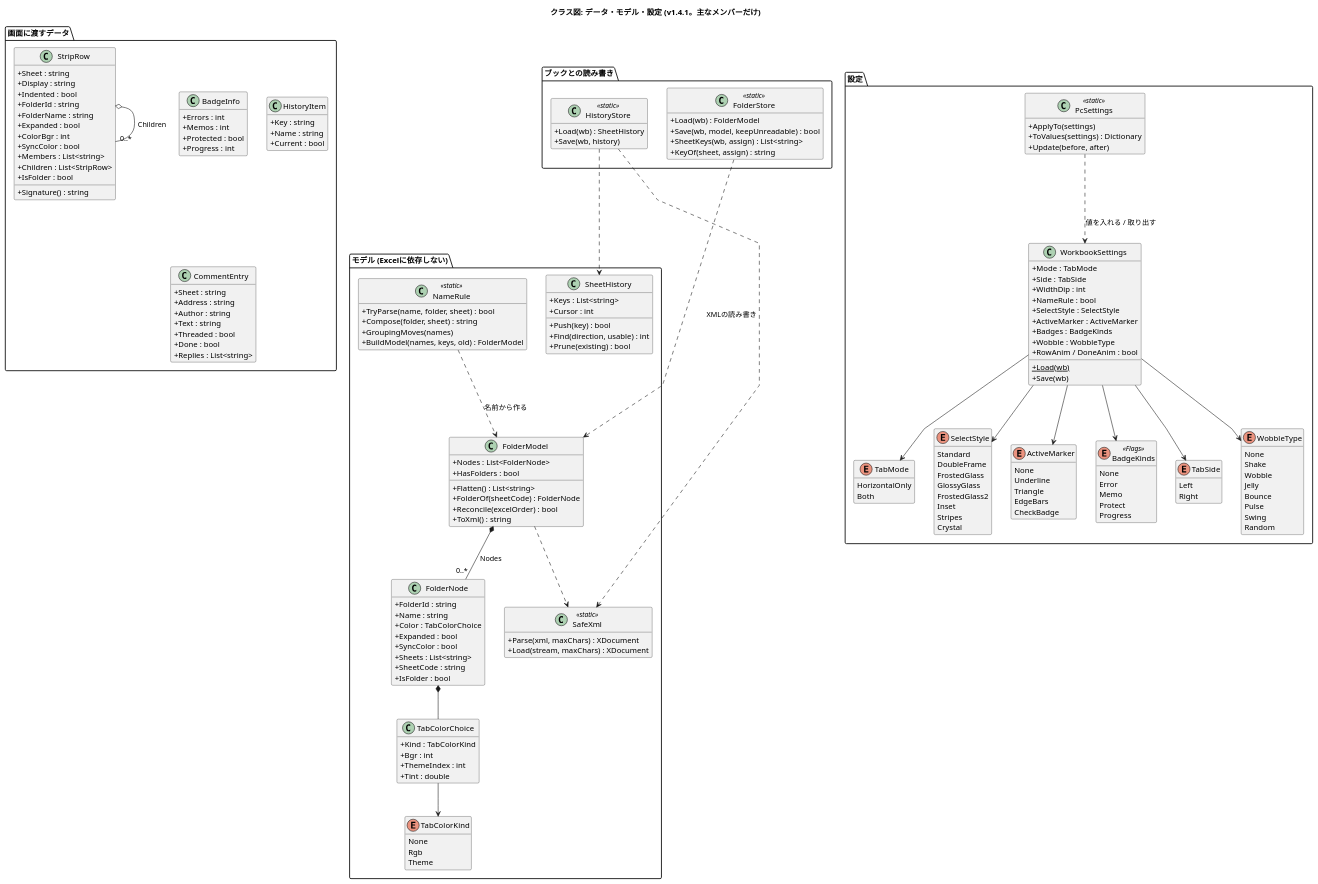
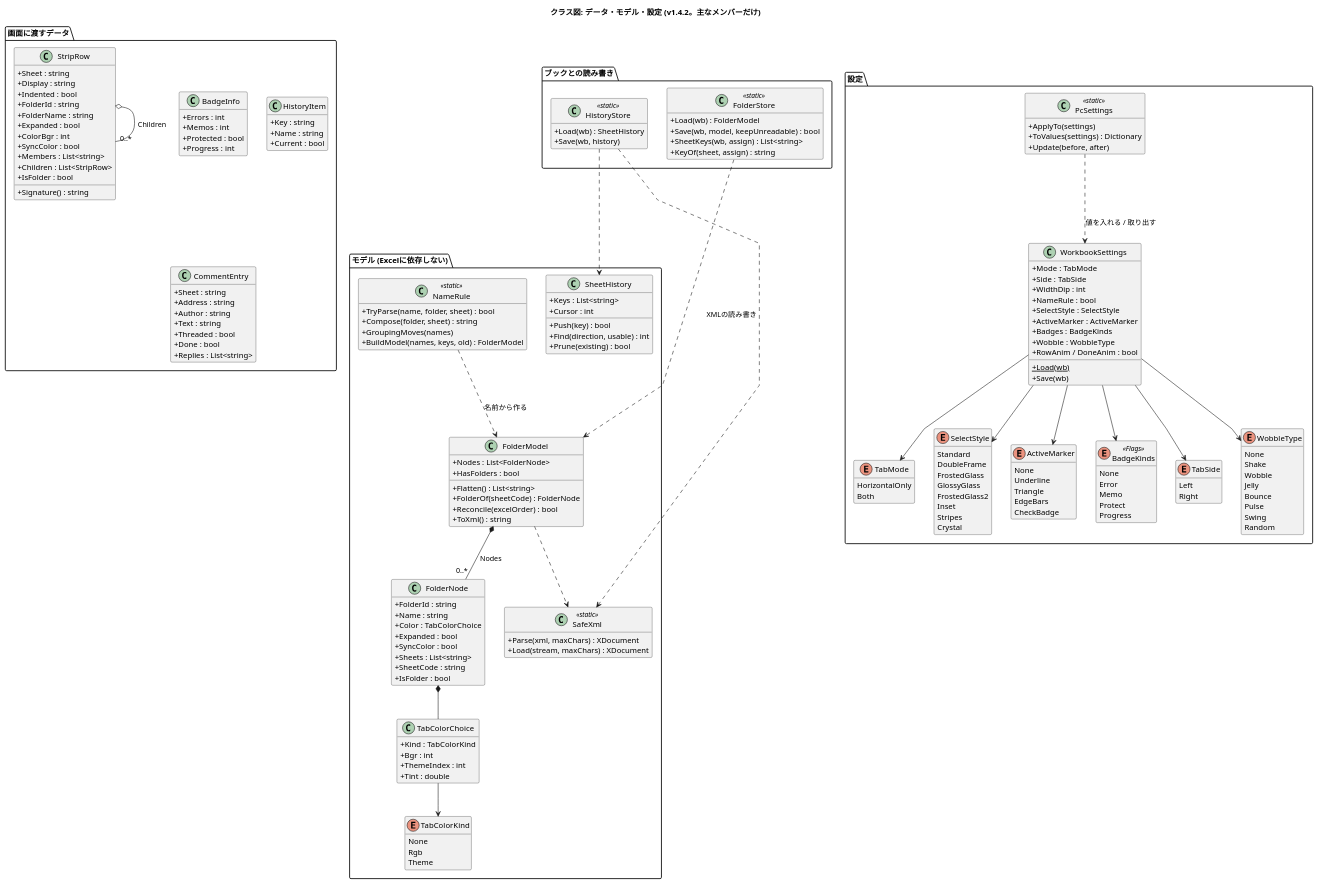
One commit to nk-taka623/VerticalSheetTabs changed the diagram in docs/class-data.puml. Above: the diagram before and after it, drawn with PlantUML. The commit also changed 14 other files, not shown here.

Commit message:
v1.4.2 にする (バージョン、README の変更点、設計図の版数)

```diff
--- a/docs/class-data.puml
+++ b/docs/class-data.puml
@@ -1,188 +1,188 @@
 @startuml
-title クラス図: データ・モデル・設定 (v1.4.1。主なメンバーだけ)
+title クラス図: データ・モデル・設定 (v1.4.2。主なメンバーだけ)
 skinparam shadowing false
 skinparam classAttributeIconSize 0
 skinparam linetype polyline
 hide empty members
 
 package "モデル (Excelに依存しない)" {
   class FolderModel {
     +Nodes : List<FolderNode>
     +HasFolders : bool
     +Flatten() : List<string>
     +FolderOf(sheetCode) : FolderNode
     +Reconcile(excelOrder) : bool
     +ToXml() : string
   }
   class FolderNode {
     +FolderId : string
     +Name : string
     +Color : TabColorChoice
     +Expanded : bool
     +SyncColor : bool
     +Sheets : List<string>
     +SheetCode : string
     +IsFolder : bool
   }
   class TabColorChoice {
     +Kind : TabColorKind
     +Bgr : int
     +ThemeIndex : int
     +Tint : double
   }
   enum TabColorKind {
     None
     Rgb
     Theme
   }
   class SheetHistory {
     +Keys : List<string>
     +Cursor : int
     +Push(key) : bool
     +Find(direction, usable) : int
     +Prune(existing) : bool
   }
   class NameRule <<static>> {
     +TryParse(name, folder, sheet) : bool
     +Compose(folder, sheet) : string
     +GroupingMoves(names)
     +BuildModel(names, keys, old) : FolderModel
   }
   class SafeXml <<static>> {
     +Parse(xml, maxChars) : XDocument
     +Load(stream, maxChars) : XDocument
   }
 }
 
 package "ブックとの読み書き" {
   class FolderStore <<static>> {
     +Load(wb) : FolderModel
     +Save(wb, model, keepUnreadable) : bool
     +SheetKeys(wb, assign) : List<string>
     +KeyOf(sheet, assign) : string
   }
   class HistoryStore <<static>> {
     +Load(wb) : SheetHistory
     +Save(wb, history)
   }
 }
 
 package "設定" {
   class WorkbookSettings {
     +Mode : TabMode
     +Side : TabSide
     +WidthDip : int
     +NameRule : bool
     +SelectStyle : SelectStyle
     +ActiveMarker : ActiveMarker
     +Badges : BadgeKinds
     +Wobble : WobbleType
     +RowAnim / DoneAnim : bool
     +Load(wb) {static}
     +Save(wb)
   }
   class PcSettings <<static>> {
     +ApplyTo(settings)
     +ToValues(settings) : Dictionary
     +Update(before, after)
   }
   enum TabMode {
     HorizontalOnly
     Both
   }
   enum SelectStyle {
     Standard
     DoubleFrame
     FrostedGlass
     GlossyGlass
     FrostedGlass2
     Inset
     Stripes
     Crystal
   }
   enum ActiveMarker {
     None
     Underline
     Triangle
     EdgeBars
     CheckBadge
   }
   enum BadgeKinds <<Flags>> {
     None
     Error
     Memo
     Protect
     Progress
   }
   enum TabSide {
     Left
     Right
   }
   enum WobbleType {
     None
     Shake
     Wobble
     Jelly
     Bounce
     Pulse
     Swing
     Random
   }
 }
 
 package "画面に渡すデータ" {
   class StripRow {
     +Sheet : string
     +Display : string
     +Indented : bool
     +FolderId : string
     +FolderName : string
     +Expanded : bool
     +ColorBgr : int
     +SyncColor : bool
     +Members : List<string>
     +Children : List<StripRow>
     +IsFolder : bool
     +Signature() : string
   }
   class BadgeInfo {
     +Errors : int
     +Memos : int
     +Protected : bool
     +Progress : int
   }
   class HistoryItem {
     +Key : string
     +Name : string
     +Current : bool
   }
   class CommentEntry {
     +Sheet : string
     +Address : string
     +Author : string
     +Text : string
     +Threaded : bool
     +Done : bool
     +Replies : List<string>
   }
 }
 
 FolderModel *-- "0..*" FolderNode : Nodes
 FolderNode *-- TabColorChoice
 TabColorChoice --> TabColorKind
 StripRow o-- "0..*" StripRow : Children
 
 FolderStore ..> FolderModel : XMLの読み書き
 FolderModel ..> SafeXml
 HistoryStore ..> SheetHistory
 HistoryStore ..> SafeXml
 NameRule ..> FolderModel : 名前から作る
 
 WorkbookSettings --> TabMode
 WorkbookSettings --> TabSide
 WorkbookSettings --> SelectStyle
 WorkbookSettings --> ActiveMarker
 WorkbookSettings --> BadgeKinds
 WorkbookSettings --> WobbleType
 PcSettings ..> WorkbookSettings : 値を入れる / 取り出す
 @enduml
```
